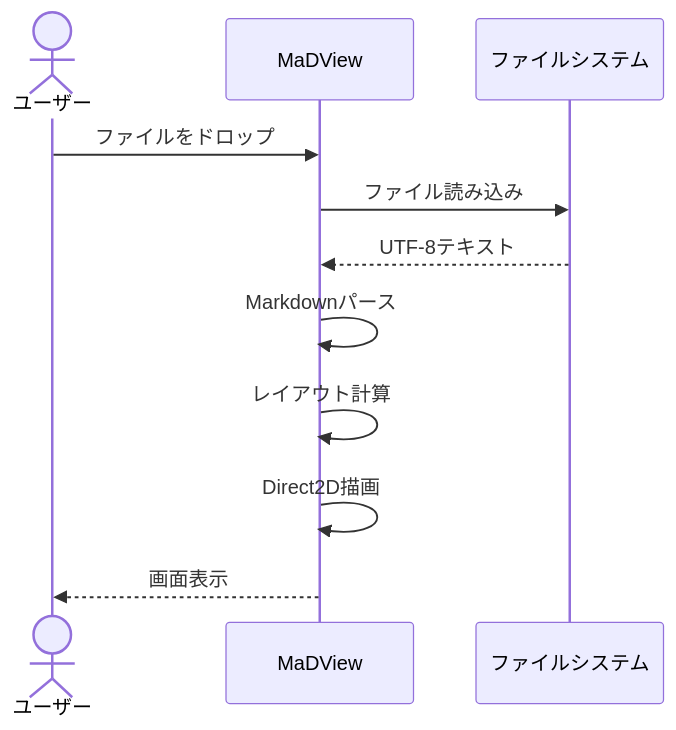
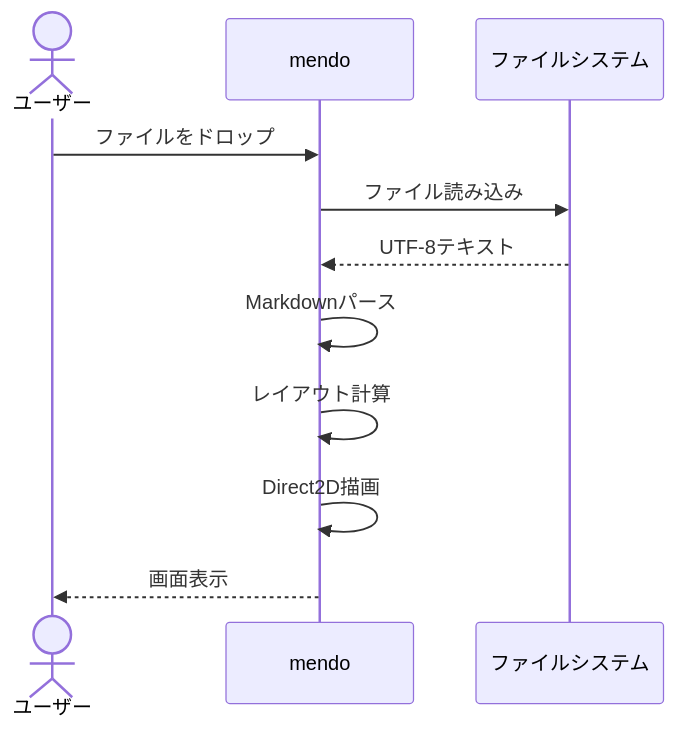
Before and after one commit to tanaton/mendo: diagram 20 of 23 in test.md, drawn with Mermaid. The commit also changed other lines of this file and 17 other files, not shown here.

````diff
--- a/test.md
+++ b/test.md
@@ -1393,14 +1393,14 @@
 ```mermaid
 sequenceDiagram
     actor User as ユーザー
-    participant App as MaDView
+    participant App as mendo
     participant FS as ファイルシステム
 
     User->>App: ファイルをドロップ
     App->>FS: ファイル読み込み
     FS-->>App: UTF-8テキスト
     App->>App: Markdownパース
     App->>App: レイアウト計算
     App->>App: Direct2D描画
     App-->>User: 画面表示
 ```
````
